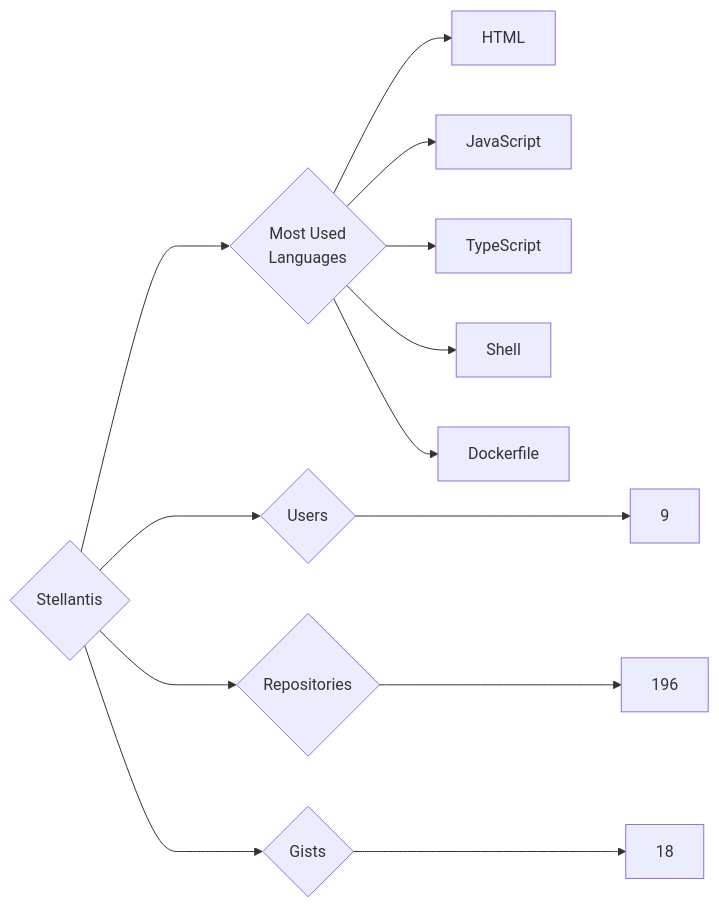
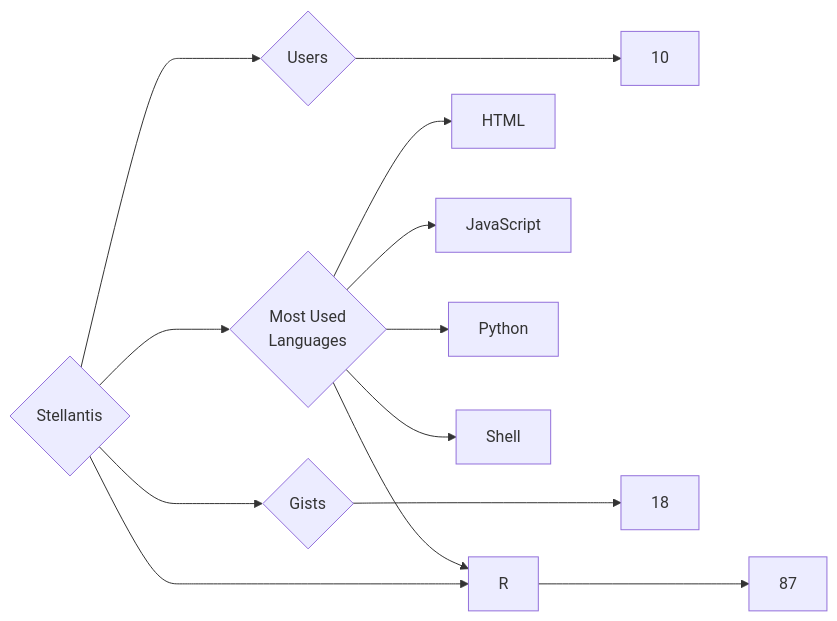
One commit to trickest/insiders changed the diagram in targets/Stellantis/README.md. Above: the diagram before and after it, drawn with Mermaid. The commit also changed 1508 other files, not shown here.

````diff
--- a/targets/Stellantis/README.md
+++ b/targets/Stellantis/README.md
@@ -3,13 +3,13 @@
 ```mermaid
 graph LR
 COMPANY_NAME{Stellantis}
-COMPANY_NAME ---> U{Users} ---> UN[9]
-COMPANY_NAME ---> R{Repositories} ---> RN[196]
+COMPANY_NAME ---> U{Users} ---> UN[10]
+COMPANY_NAME ---> R{Repositories} ---> RN[87]
 COMPANY_NAME ---> G{Gists} ---> GN[18]
 COMPANY_NAME ---> ML{Most Used<br>Languages}
 ML --> HTML[HTML]
 ML --> JavaScript[JavaScript]
-ML --> TypeScript[TypeScript]
+ML --> R[R]
+ML --> Python[Python]
 ML --> Shell[Shell]
-ML --> Dockerfile[Dockerfile]
 ```
````
